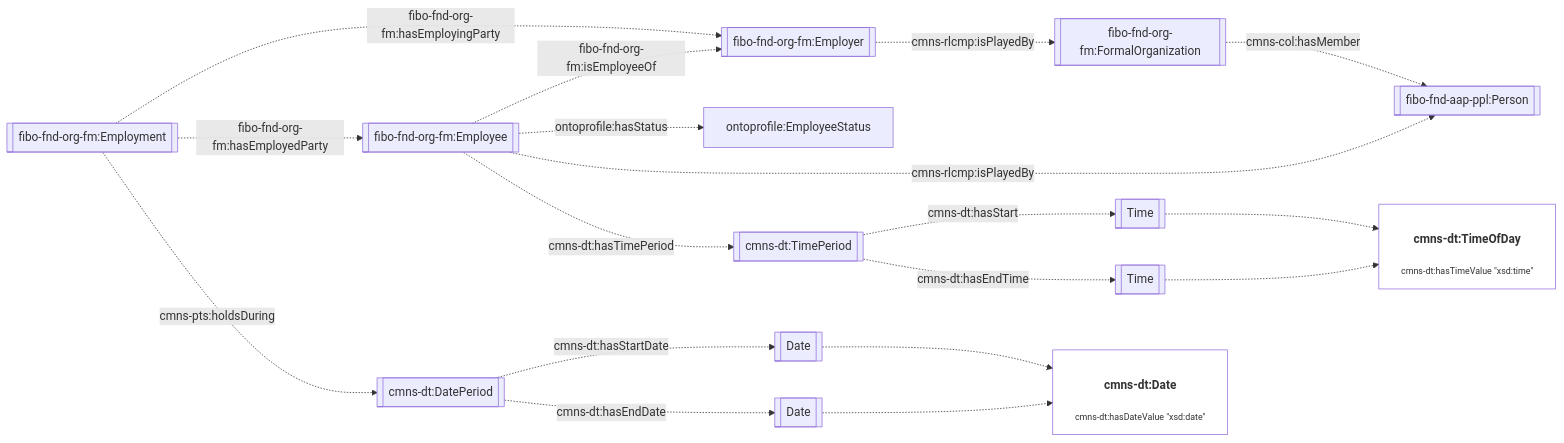
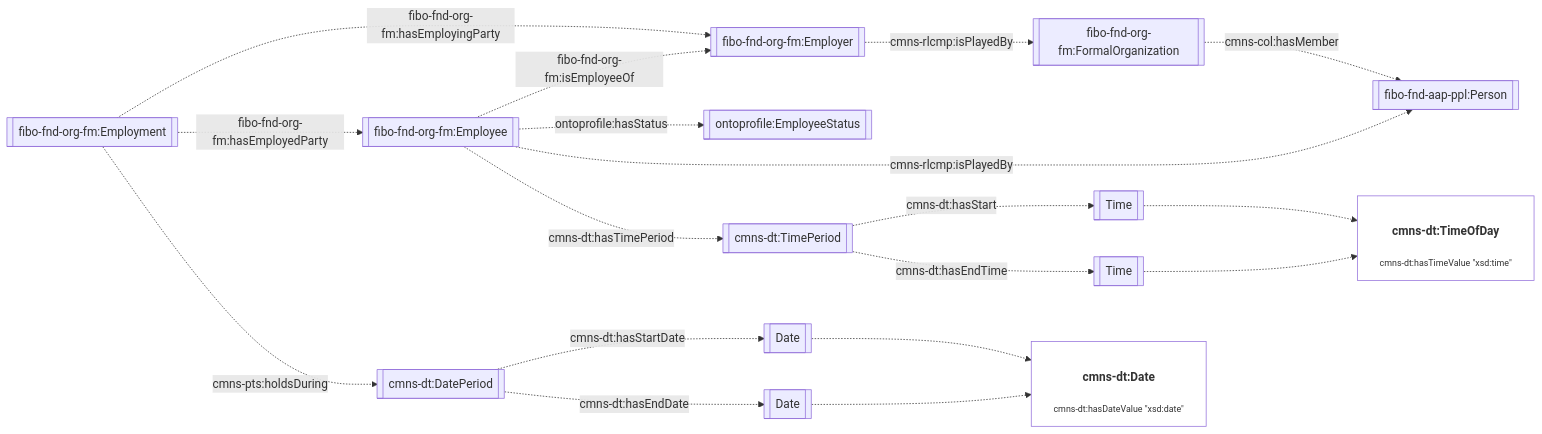
Before and after one commit to cambridge-cares/TheWorldAvatar: the fifth of 7 diagrams in JPS_Ontology/ontology/ontoprofile/README.MD, drawn with Mermaid. The commit also changed other lines of this file and 2 other files, not shown here.

````diff
--- a/JPS_Ontology/ontology/ontoprofile/README.MD
+++ b/JPS_Ontology/ontology/ontoprofile/README.MD
@@ -158,28 +156,28 @@
 ```mermaid
 flowchart LR
     %% Styling
     classDef literal fill:none
     classDef node overflow-wrap:break-word,text-wrap:pretty
     linkStyle default overflow-wrap:break-word,text-wrap:pretty;
 
     %% Contents
     Employment[[fibo-fnd-org-fm:Employment]] -. fibo-fnd-org-fm:hasEmployingParty .-> Employer[[fibo-fnd-org-fm:Employer]]
     Employment -. fibo-fnd-org-fm:hasEmployedParty .-> Employee[[fibo-fnd-org-fm:Employee]]
     Employment -. cmns-pts:holdsDuring .-> DatePeriod[[cmns-dt:DatePeriod]]
     DatePeriod -. cmns-dt:hasStartDate .-> StartDate[[Date]]
     DatePeriod -. cmns-dt:hasEndDate .-> EndDate[[Date]]
     StartDate -.-> Date["<h4>cmns-dt:Date</h4><p style='font-size:0.75rem;'>cmns-dt:hasDateValue &quot;xsd:date&quot;</p>"]:::literal
     EndDate -.-> Date
 
     Employee -. fibo-fnd-org-fm:isEmployeeOf .-> Employer
-    Employee -. ontoprofile:hasStatus .-> ontoprofile:EmployeeStatus
+    Employee -. ontoprofile:hasStatus .-> EmployeeStatus[[ontoprofile:EmployeeStatus]]
     Employer -. cmns-rlcmp:isPlayedBy .-> Org[[fibo-fnd-org-fm:FormalOrganization]]
     Employee -. cmns-rlcmp:isPlayedBy .-> Person[[fibo-fnd-aap-ppl:Person]]
     Org -. cmns-col:hasMember .-> Person
 
     Employee -. cmns-dt:hasTimePeriod .-> TimePeriod[[cmns-dt:TimePeriod]]
     TimePeriod -. cmns-dt:hasStart .-> StartTime[[Time]]
     TimePeriod -. cmns-dt:hasEndTime .-> EndTime[[Time]]
     StartTime -.-> Time["<h4>cmns-dt:TimeOfDay</h4><p style='font-size:0.75rem;'>cmns-dt:hasTimeValue &quot;xsd:time&quot;</p>"]:::literal
     EndTime -.-> Time
 ```
````
